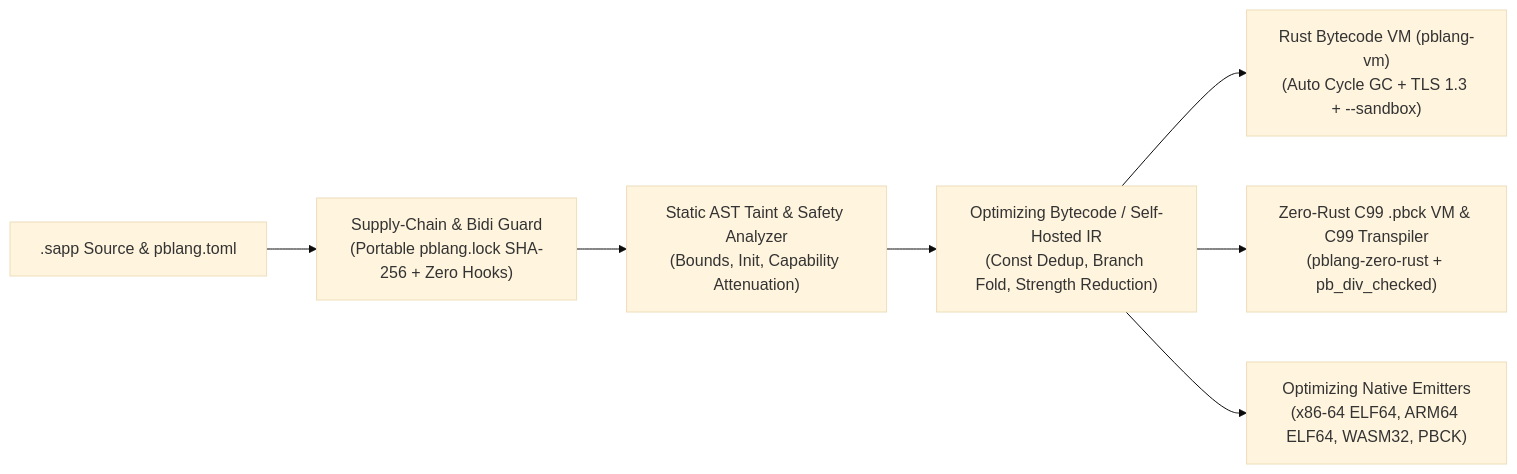
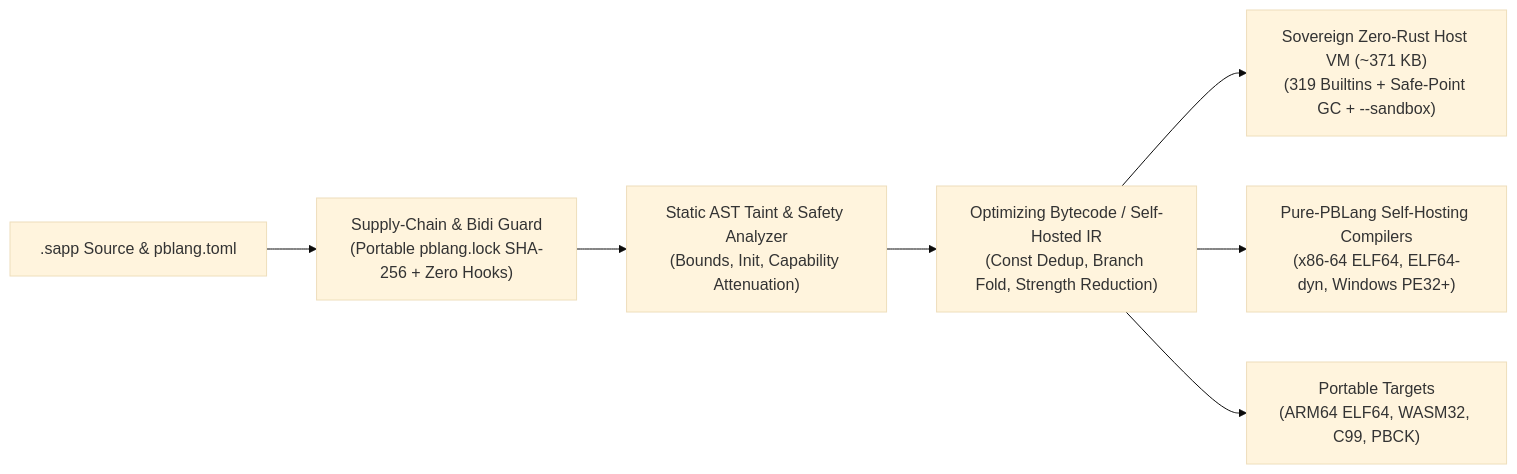
One commit to PanosBiazis/pblang changed the diagram in README.md. Above: the diagram before and after it, drawn with Mermaid (base theme). The commit also changed other lines of this file and 28 other files, not shown here.

Commit message:
feat(v2.0.0): sovereign zero-rust cross-platform VM/compiler, pure-PBLang self-hosting native x64/PE32+ compilers, hardware governor & studio UI

````diff
--- a/README.md
+++ b/README.md
@@ -164,9 +163,9 @@
 ```mermaid
 flowchart LR
     A[".sapp Source & pblang.toml"] --> B["Supply-Chain & Bidi Guard\n(Portable pblang.lock SHA-256 + Zero Hooks)"]
     B --> C["Static AST Taint & Safety Analyzer\n(Bounds, Init, Capability Attenuation)"]
     C --> D["Optimizing Bytecode / Self-Hosted IR\n(Const Dedup, Branch Fold, Strength Reduction)"]
-    D --> E1["Rust Bytecode VM (pblang-vm)\n(Auto Cycle GC + TLS 1.3 + --sandbox)"]
-    D --> E2["Zero-Rust C99 .pbck VM & C99 Transpiler\n(pblang-zero-rust + pb_div_checked)"]
-    D --> E3["Optimizing Native Emitters\n(x86-64 ELF64, ARM64 ELF64, WASM32, PBCK)"]
+    D --> E1["Sovereign Zero-Rust Host VM (~371 KB)\n(319 Builtins + Safe-Point GC + --sandbox)"]
+    D --> E2["Pure-PBLang Self-Hosting Compilers\n(x86-64 ELF64, ELF64-dyn, Windows PE32+)"]
+    D --> E3["Portable Targets\n(ARM64 ELF64, WASM32, C99, PBCK)"]
 ```
````
